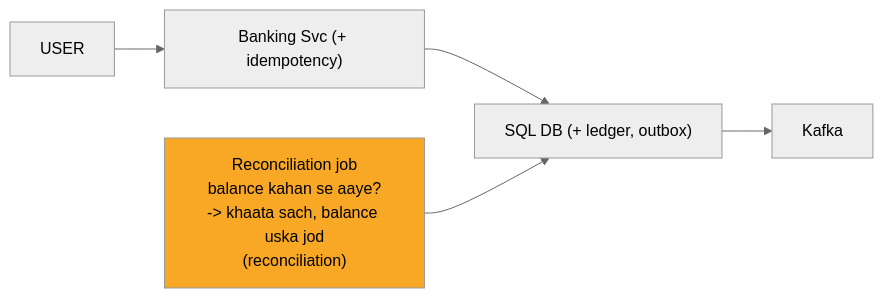
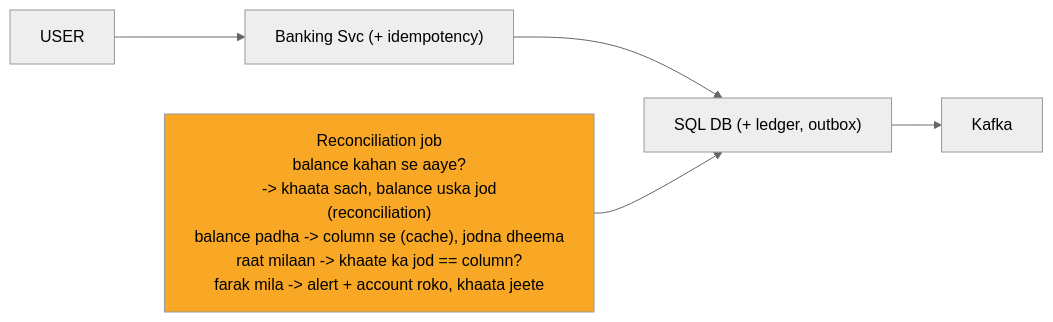
The seventh of 13 diagrams in 04_HLD/SYSTEM_DESIGNS/13_banking_system/13_banking_system.md (ArpanMaheshwari144/Prep), drawn with Mermaid (neutral theme) before and after one commit. The commit also changed other lines of this file and 12 other files, not shown here.

Commit message:
hld 02-14: peele dabbe me SAFAR ke mod + diagram chauda (wrappingWidth 450)

````diff
--- a/04_HLD/SYSTEM_DESIGNS/13_banking_system/13_banking_system.md
+++ b/04_HLD/SYSTEM_DESIGNS/13_banking_system/13_banking_system.md
@@ -228,13 +234,14 @@
 ```mermaid
+%%{init: {"flowchart": {"wrappingWidth": 450}}}%%
 flowchart LR
     n_USER["USER"]
     n_SVC["Banking Svc (+ idempotency)"]
     n_DB["SQL DB (+ ledger, outbox)"]
     n_K["Kafka"]
-    n_REC["Reconciliation job<br/>balance kahan se aaye?<br/>-> khaata sach, balance uska jod<br/>(reconciliation)"]
+    n_REC["Reconciliation job<br/>balance kahan se aaye?<br/>-> khaata sach, balance uska jod<br/>(reconciliation)<br/>balance padha -> column se (cache), jodna dheema<br/>raat milaan -> khaate ka jod == column?<br/>farak mila -> alert + account roko, khaata jeete"]
     n_USER --> n_SVC
     n_SVC --> n_DB
     n_DB --> n_K
     n_REC --> n_DB
     style n_REC fill:#f9a825,color:#000
 ```
````
